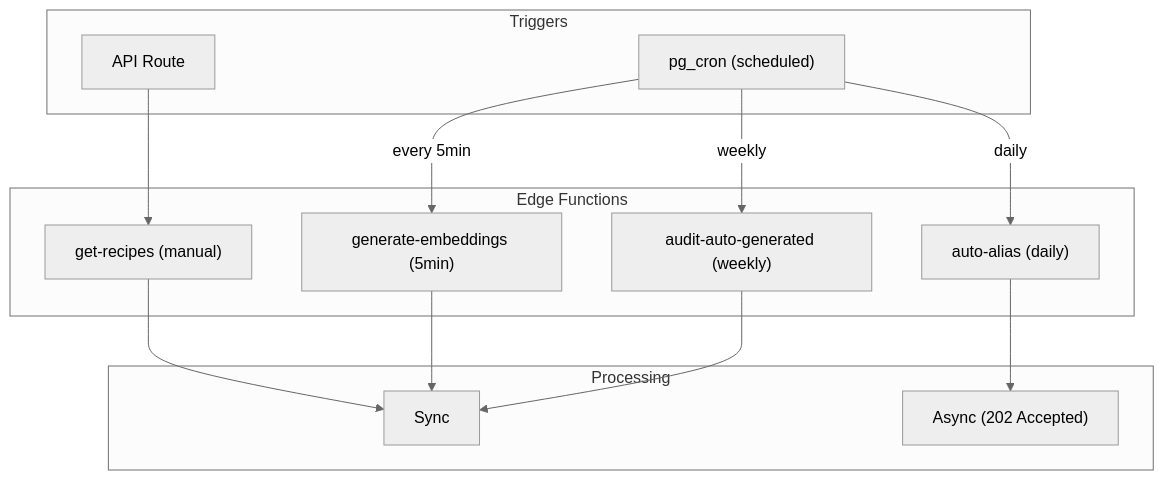
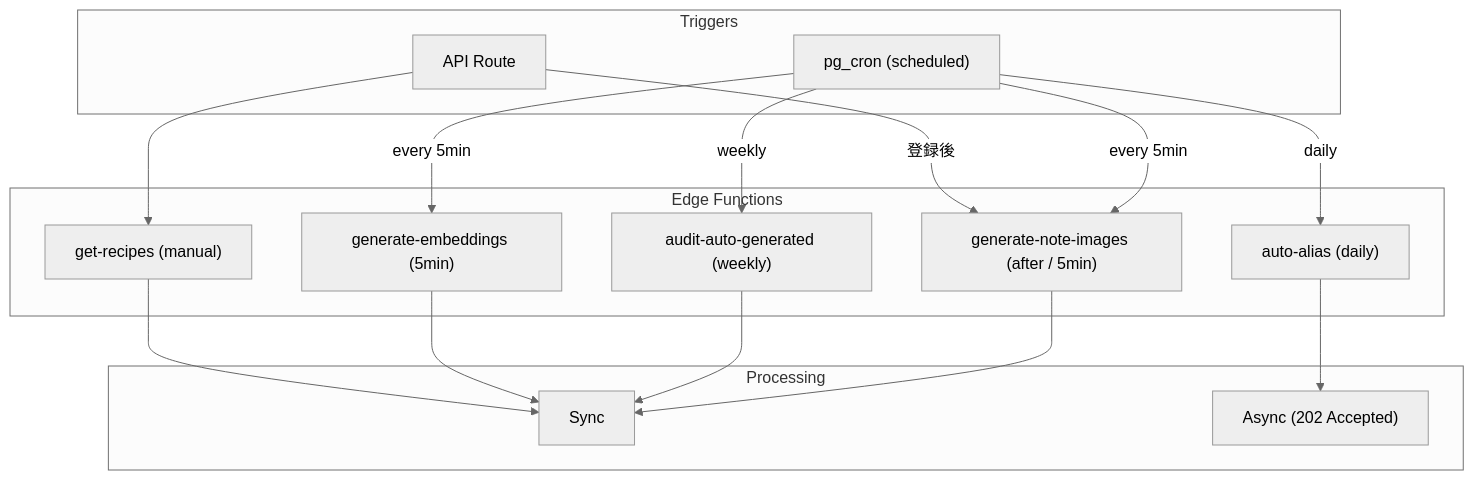
The second of 13 diagrams in docs/ARCHITECTURE.md (mktu/recipe-app), drawn with Mermaid (neutral theme) before and after one commit. The commit also changed other lines of this file and 46 other files, not shown here.

````diff
--- a/docs/ARCHITECTURE.md
+++ b/docs/ARCHITECTURE.md
@@ -262,29 +271,33 @@
 ```mermaid
 graph TB
     subgraph Triggers["Triggers"]
         API["API Route"]
         Cron["pg_cron (scheduled)"]
     end
 
     subgraph Functions["Edge Functions"]
         GetRecipes["get-recipes (manual)"]
         GenEmbed["generate-embeddings (5min)"]
         AutoAlias["auto-alias (daily)"]
         Audit["audit-auto-generated (weekly)"]
+        GenImage["generate-note-images (after / 5min)"]
     end
 
     subgraph Processing["Processing"]
         Sync["Sync"]
         Async["Async (202 Accepted)"]
     end
 
     API --> GetRecipes
     Cron -->|every 5min| GenEmbed
     Cron -->|daily| AutoAlias
     Cron -->|weekly| Audit
+    API -->|登録後| GenImage
+    Cron -->|every 5min| GenImage
 
     GetRecipes --> Sync
     GenEmbed --> Sync
     AutoAlias --> Async
     Audit --> Sync
+    GenImage --> Sync
 ```
````
